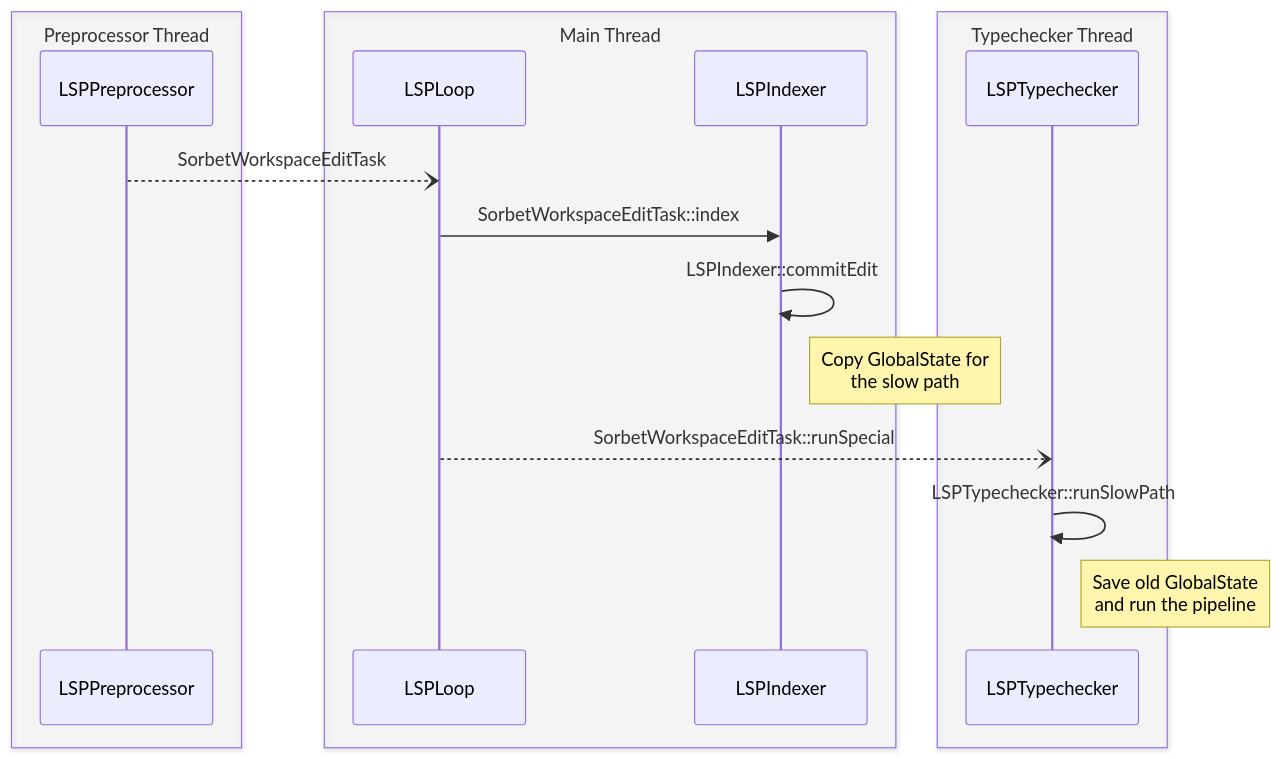
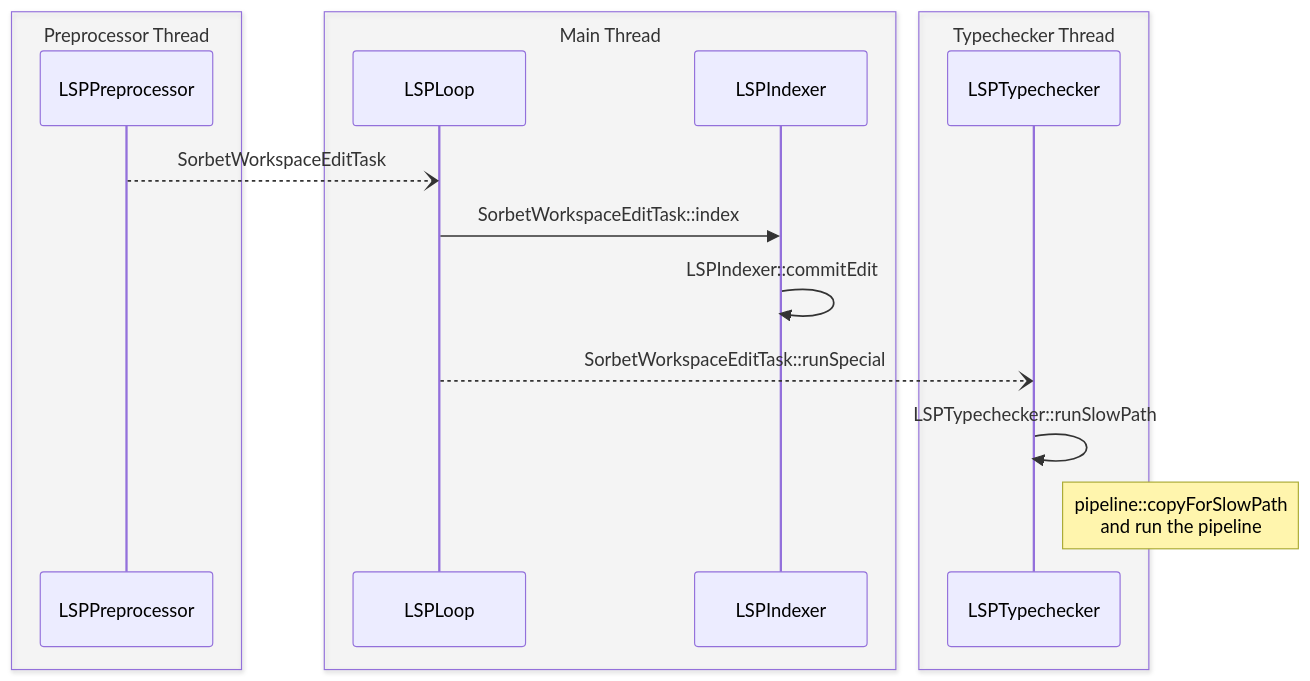
One commit to sorbet/sorbet changed the second of 2 diagrams in docs/lsp.md. Above: the diagram before and after it, drawn with Mermaid. The commit also changed other lines of this file, not shown here.

First line of the commit message:
Update LSP state diagrams (#8844)

````diff
--- a/docs/lsp.md
+++ b/docs/lsp.md
@@ -64,21 +68,20 @@
 ```mermaid
 sequenceDiagram
   box rgba(255,255,255,0.2) Preprocessor Thread
   participant LSPPreprocessor
   end
   box rgba(255,255,255,0.2) Main Thread
   participant LSPLoop
   participant LSPIndexer
   end
   box rgba(255,255,255,0.2) Typechecker Thread
   participant LSPTypechecker
   end
 
   LSPPreprocessor --) LSPLoop: SorbetWorkspaceEditTask
   LSPLoop ->> LSPIndexer: SorbetWorkspaceEditTask::index
   LSPIndexer ->> LSPIndexer: LSPIndexer::commitEdit
-  Note right of LSPIndexer: Copy GlobalState for<br/>the slow path
   LSPLoop --) LSPTypechecker: SorbetWorkspaceEditTask::runSpecial
   LSPTypechecker ->> LSPTypechecker: LSPTypechecker::runSlowPath
-  Note right of LSPTypechecker: Save old GlobalState<br/>and run the pipeline
+  Note right of LSPTypechecker: pipeline::copyForSlowPath<br/>and run the pipeline
 ```
````
